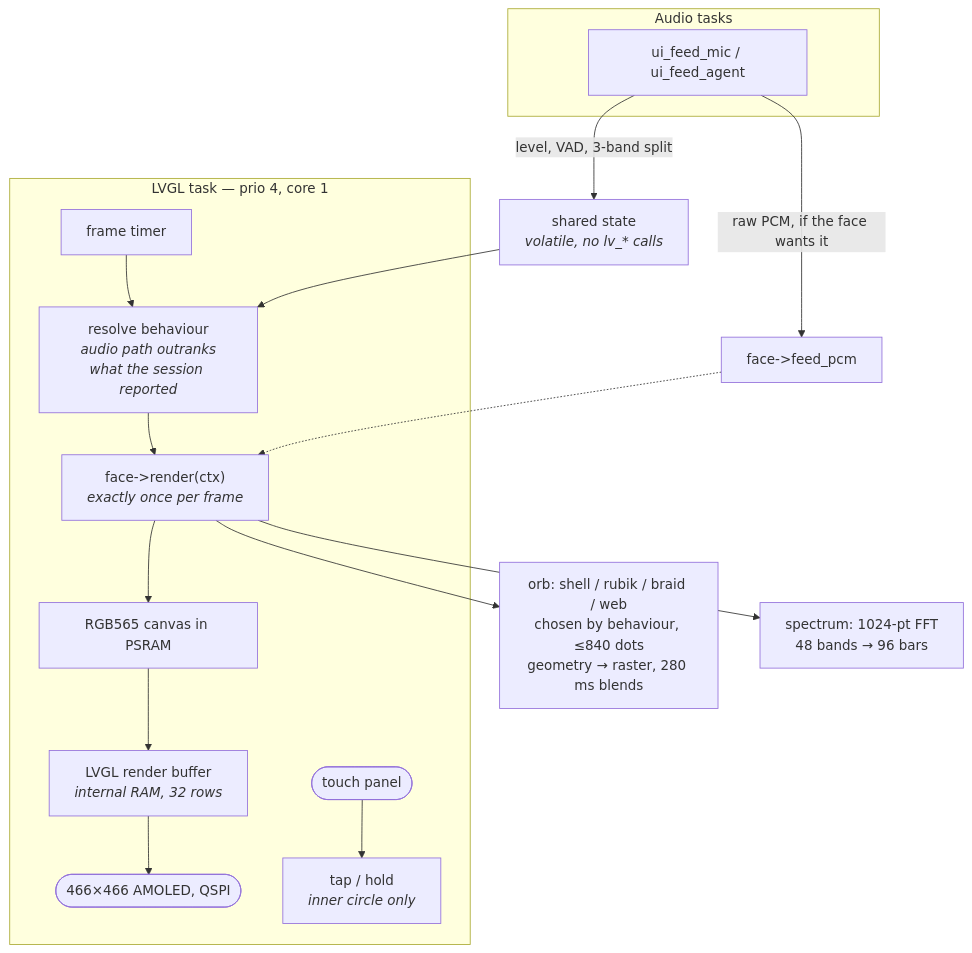
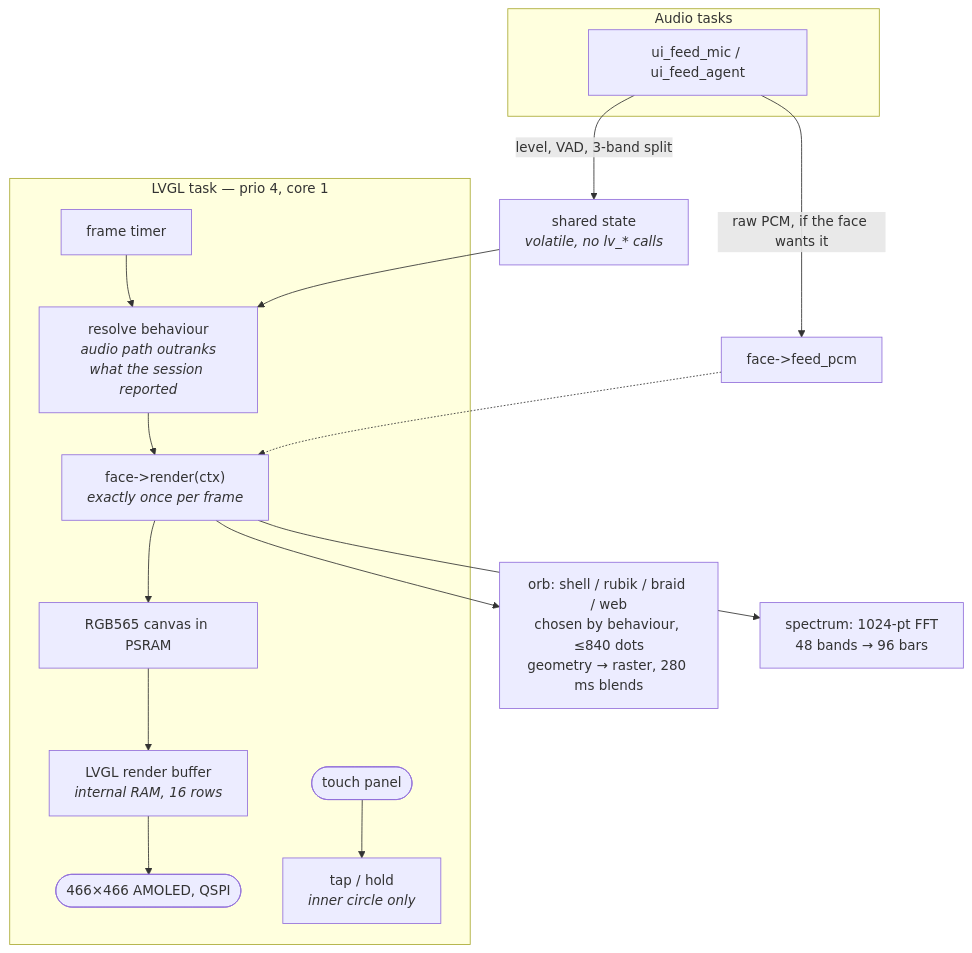
One commit to dg-edcharbeneau/esp32-deepgram-voice-agent changed the eighth of 9 diagrams in docs/architecture.md. Above: the diagram before and after it, drawn with Mermaid. The commit also changed other lines of this file and 2 other files, not shown here.

````diff
--- a/docs/architecture.md
+++ b/docs/architecture.md
@@ -515,23 +547,23 @@
 ```mermaid
 flowchart TB
     subgraph audiotask["Audio tasks"]
         feed["ui_feed_mic / ui_feed_agent"]
     end
 
     subgraph lvgltask["LVGL task — prio 4, core 1"]
         timer["frame timer"] --> resolve["resolve behaviour<br/><i>audio path outranks<br/>what the session reported</i>"]
         resolve --> render["face->render(ctx)<br/><i>exactly once per frame</i>"]
         render --> canvas["RGB565 canvas in PSRAM"]
-        canvas --> flush["LVGL render buffer<br/><i>internal RAM, 32 rows</i>"]
+        canvas --> flush["LVGL render buffer<br/><i>internal RAM, 16 rows</i>"]
         flush --> panel(["466×466 AMOLED, QSPI"])
         touch(["touch panel"]) --> gest["tap / hold<br/><i>inner circle only</i>"]
     end
 
     feed -->|"level, VAD, 3-band split"| shared["shared state<br/><i>volatile, no lv_* calls</i>"]
     feed -->|"raw PCM, if the face wants it"| facepcm["face->feed_pcm"]
     shared --> resolve
     facepcm -.-> render
 
     render --> orb["orb: shell / rubik / braid / web<br/>chosen by behaviour, ≤840 dots<br/>geometry → raster, 280 ms blends"]
     render --> spec["spectrum: 1024-pt FFT<br/>48 bands → 96 bars"]
 ```
````
